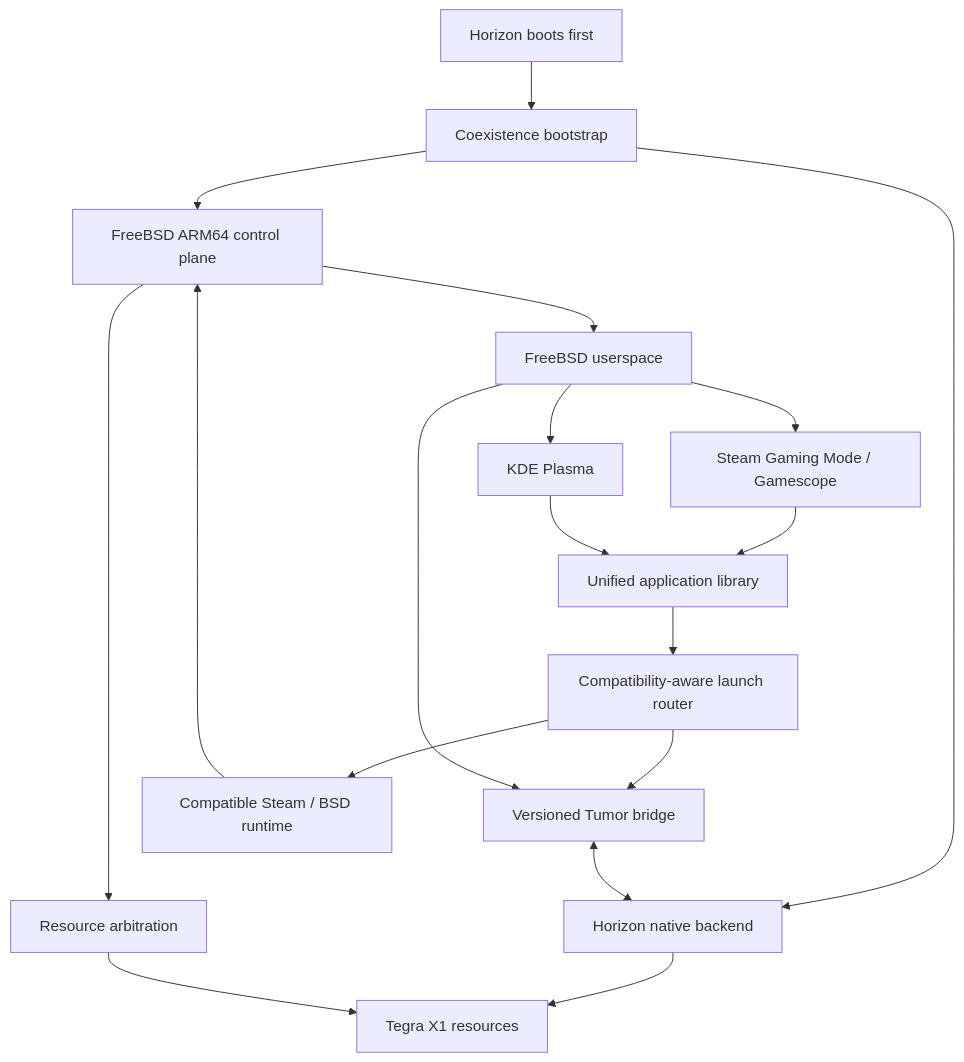
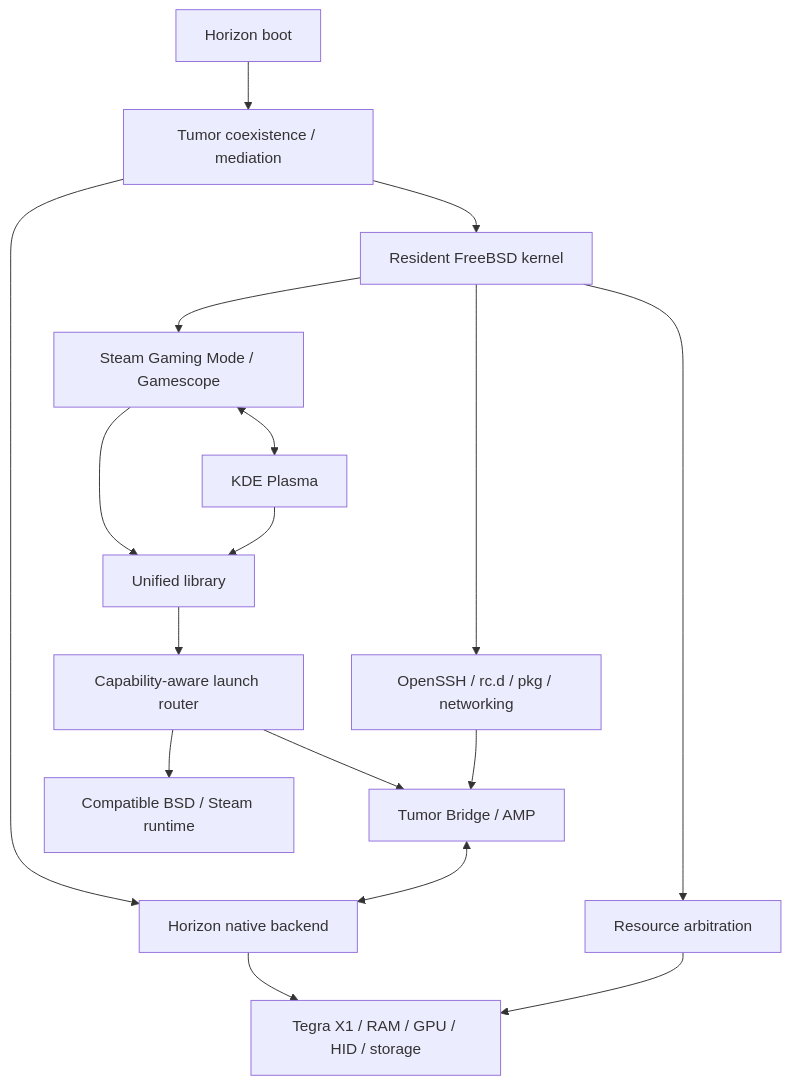
The diagram in README.md (Garyu-tt/EXODUSx1), drawn with Mermaid before and after one commit. The commit also changed other lines of this file and 1 other file, not shown here.

````diff
--- a/README.md
+++ b/README.md
@@ -22,20 +32,19 @@
 ```mermaid
 flowchart TD
-    Boot[Horizon boots first] --> Bootstrap[Coexistence bootstrap]
-    Bootstrap --> H[Horizon native backend]
-    Bootstrap --> F[FreeBSD ARM64 control plane]
-    F --> U[FreeBSD userspace]
-    U --> G[Steam Gaming Mode / Gamescope]
-    U --> K[KDE Plasma]
-    G --> L[Unified application library]
-    K --> L
-    L --> R[Compatibility-aware launch router]
-    R --> B[Versioned Tumor bridge]
-    B <--> H
-    R --> S[Compatible Steam / BSD runtime]
-    S --> F
-    U --> B
-    H --> HW[Tegra X1 resources]
-    F --> A[Resource arbitration]
-    A --> HW
+    BOOT[Horizon boot] --> MED[Tumor coexistence / mediation]
+    MED --> HOS[Horizon native backend]
+    MED --> BSD[Resident FreeBSD kernel]
+    BSD --> SVC[OpenSSH / rc.d / pkg / networking]
+    BSD --> UI[Steam Gaming Mode / Gamescope]
+    UI <--> KDE[KDE Plasma]
+    UI --> LIB[Unified library]
+    KDE --> LIB
+    LIB --> ROUTE[Capability-aware launch router]
+    ROUTE --> BR[Tumor Bridge / AMP]
+    ROUTE --> RUNTIME[Compatible BSD / Steam runtime]
+    BR <--> HOS
+    SVC --> BR
+    HOS --> HW[Tegra X1 / RAM / GPU / HID / storage]
+    BSD --> ARB[Resource arbitration]
+    ARB --> HW
 ```
````
